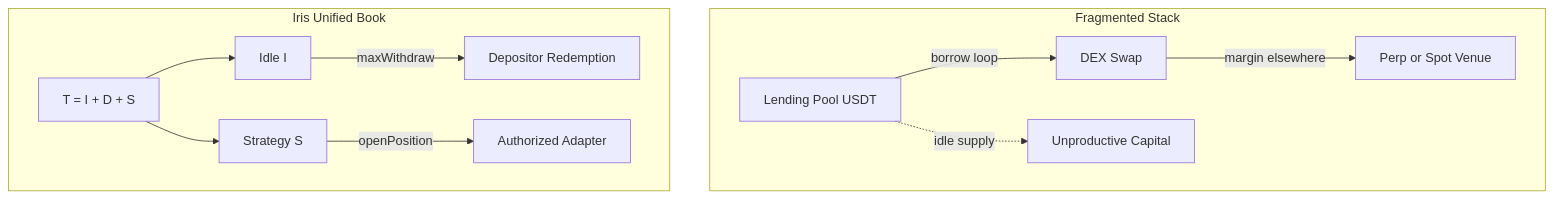
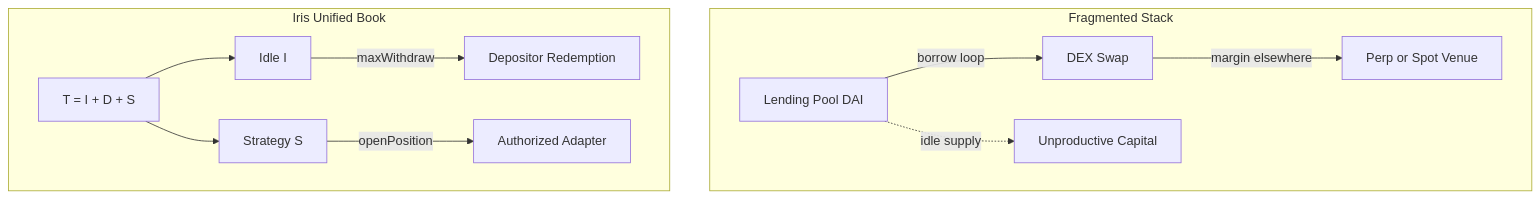
Before and after one commit to irislab-net/iris-docs: the first of 3 diagrams in gitbook/whitepaper/02-problem.md, drawn with Mermaid. The commit also changed other lines of this file and 26 other files, not shown here.

````diff
--- a/gitbook/whitepaper/02-problem.md
+++ b/gitbook/whitepaper/02-problem.md
@@ -62,15 +62,15 @@
 ```mermaid
 flowchart TB
   subgraph fragmented [Fragmented Stack]
-    L1[Lending Pool USDT] -->|borrow loop| L2[DEX Swap]
+    L1[Lending Pool DAI] -->|borrow loop| L2[DEX Swap]
     L2 -->|margin elsewhere| L3[Perp or Spot Venue]
     L1 -.->|idle supply| I1[Unproductive Capital]
   end
   subgraph iris [Iris Unified Book]
     T["T = I + D + S"]
     T --> I_node[Idle I]
     T --> S_node[Strategy S]
     I_node -->|maxWithdraw| Redeem[Depositor Redemption]
     S_node -->|openPosition| Adapter[Authorized Adapter]
   end
 ```
````
